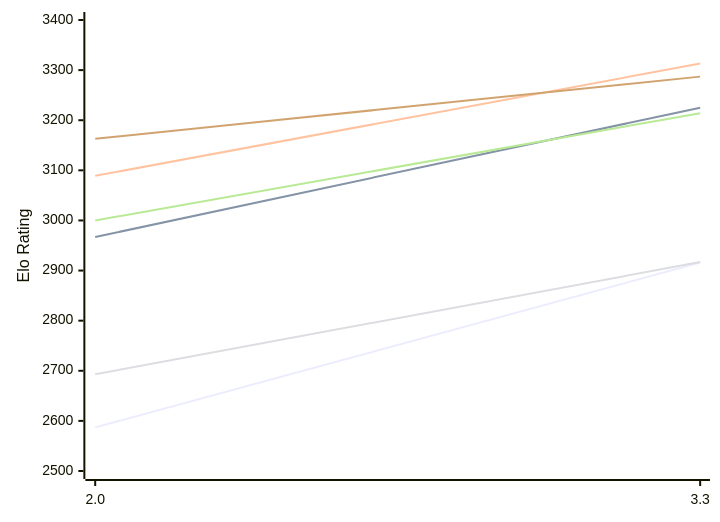
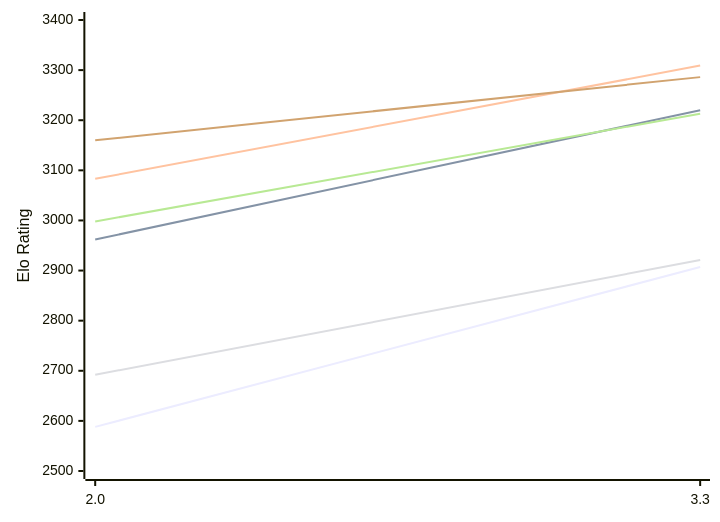
One commit to computer-chess-index/cci changed the first of 2 diagrams in engines/Ceylondemon.md. Above: the diagram before and after it, drawn with Mermaid. The commit also changed other lines of this file, not shown here.

Commit message:
Update CCI Ratings (ELO VLTC) - 2026-11-26

````diff
--- a/engines/Ceylondemon.md
+++ b/engines/Ceylondemon.md
@@ -50,12 +50,12 @@
 ```mermaid
 %%{init: {"theme":"base","themeVariables":{"seriesColors:['#a3a3a3','#222221','#faa371']}}}%%
 xychart-beta
   x-axis ["2.0", "3.3"]
   y-axis "Elo Rating" 2500 --> 3400
-  line "E1: STC (8.0+0.08s)" [2587, 2916]
-  line "E1: LTC (60.0+0.60s)" [2967, 3225]
-  line "E1: VLTC (2m24s+1.12s)" [3089, 3313]
-  line "P1: STC (8.0+0.08s)" [2693, 2917]
-  line "P1: LTC (60.0+0.60s)" [3000, 3214]
-  line "P1: VLTC (2m24s+1.12s)" [3163, 3287]
+  line "E1: STC (8.0+0.08s)" [2588, 2907]
+  line "E1: LTC (60.0+0.60s)" [2962, 3220]
+  line "E1: VLTC (2m24s+1.12s)" [3083, 3309]
+  line "P1: STC (8.0+0.08s)" [2692, 2921]
+  line "P1: LTC (60.0+0.60s)" [2998, 3213]
+  line "P1: VLTC (2m24s+1.12s)" [3160, 3286]
 ```
````
